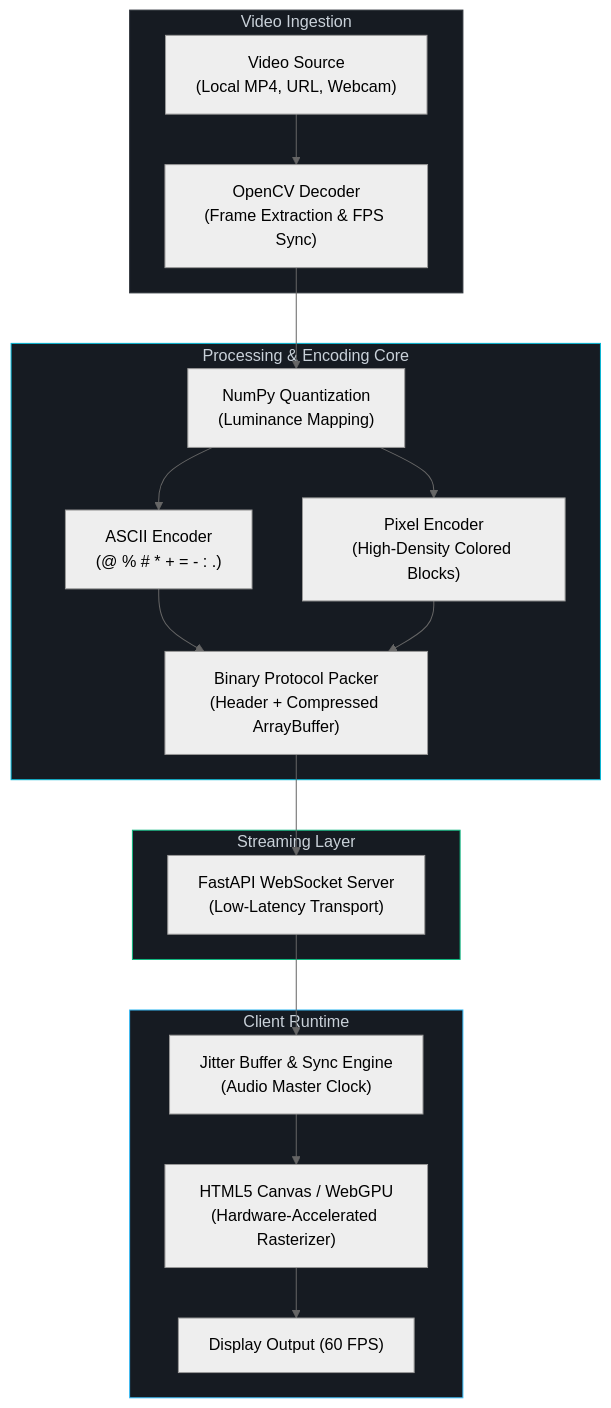
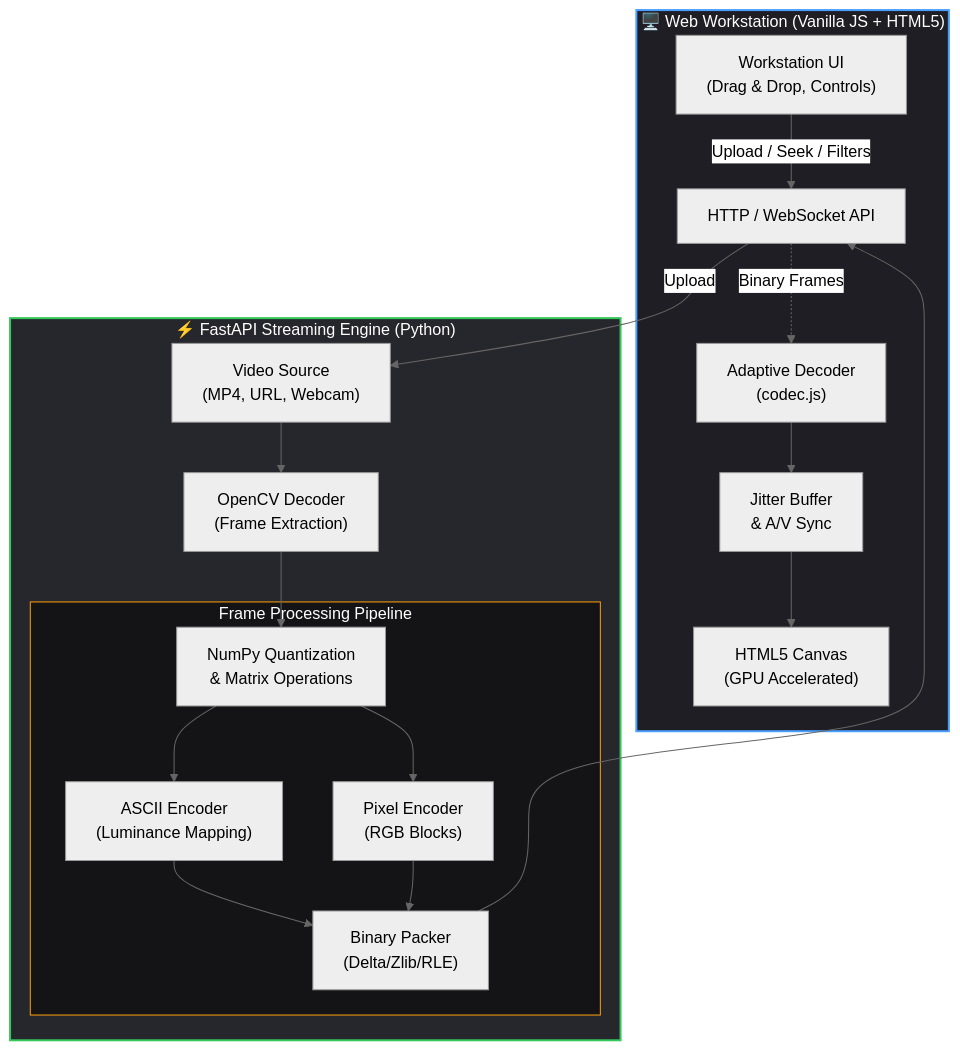
One commit to kushal98457-ctrl/ASCILINE changed the diagram in README.md. Above: the diagram before and after it, drawn with Mermaid (neutral theme). The commit also changed other lines of this file, not shown here.

Commit message:
docs: update README with professional design and Mermaid architecture diagram

````diff
--- a/README.md
+++ b/README.md
@@ -105,29 +65,46 @@
 ```mermaid
 flowchart TD
-    subgraph IN["Video Ingestion"]
-        A["Video Source\n(Local MP4, URL, Webcam)"] --> B["OpenCV Decoder\n(Frame Extraction & FPS Sync)"]
+    %% Styling
+    classDef client fill:#1E1E24,stroke:#4a9eff,stroke-width:2px,color:#fff
+    classDef server fill:#26262d,stroke:#34c759,stroke-width:2px,color:#fff
+    classDef processing fill:#141417,stroke:#ff9f0a,stroke-width:1px,color:#fff
+
+    subgraph Client ["🖥️ Web Workstation (Vanilla JS + HTML5)"]
+        UI["Workstation UI\n(Drag & Drop, Controls)"]
+        Buffer["Jitter Buffer\n& A/V Sync"]
+        Decode["Adaptive Decoder\n(codec.js)"]
+        Canvas["HTML5 Canvas\n(GPU Accelerated)"]
+        
+        UI -->|Upload / Seek / Filters| API
+        API -.->|Binary Frames| Decode
+        Decode --> Buffer
+        Buffer --> Canvas
     end
 
-    subgraph CORE["Processing & Encoding Core"]
-        B --> C["NumPy Quantization\n(Luminance Mapping)"]
-        C --> D1["ASCII Encoder\n(@ % # * + = - : .)"]
-        C --> D2["Pixel Encoder\n(High-Density Colored Blocks)"]
-        D1 --> E["Binary Protocol Packer\n(Header + Compressed ArrayBuffer)"]
-        D2 --> E
+    subgraph Server ["⚡ FastAPI Streaming Engine (Python)"]
+        API["HTTP / WebSocket API"]
+        Source["Video Source\n(MP4, URL, Webcam)"]
+        OpenCV["OpenCV Decoder\n(Frame Extraction)"]
+        
+        subgraph Pipeline ["Frame Processing Pipeline"]
+            Quant["NumPy Quantization\n& Matrix Operations"]
+            ASCII["ASCII Encoder\n(Luminance Mapping)"]
+            Pixel["Pixel Encoder\n(RGB Blocks)"]
+            Compress["Binary Packer\n(Delta/Zlib/RLE)"]
+            
+            Quant --> ASCII
+            Quant --> Pixel
+            ASCII --> Compress
+            Pixel --> Compress
+        end
+        
+        API -->|Upload| Source
+        Source --> OpenCV
+        OpenCV --> Quant
+        Compress --> API
     end
 
-    subgraph NET["Streaming Layer"]
-        E --> F["FastAPI WebSocket Server\n(Low-Latency Transport)"]
-    end
-
-    subgraph CLIENT["Client Runtime"]
-        F --> G["Jitter Buffer & Sync Engine\n(Audio Master Clock)"]
-        G --> H["HTML5 Canvas / WebGPU\n(Hardware-Accelerated Rasterizer)"]
-        H --> I["Display Output (60 FPS)"]
-    end
-
-    style IN fill:#161b22,stroke:#30363d,stroke-width:1px,color:#c9d1d9
-    style CORE fill:#161b22,stroke:#06b6d4,stroke-width:1px,color:#c9d1d9
-    style NET fill:#161b22,stroke:#10b981,stroke-width:1px,color:#c9d1d9
-    style CLIENT fill:#161b22,stroke:#38bdf8,stroke-width:1px,color:#c9d1d9
+    class Client client
+    class Server server
+    class Pipeline processing
 ```
````
